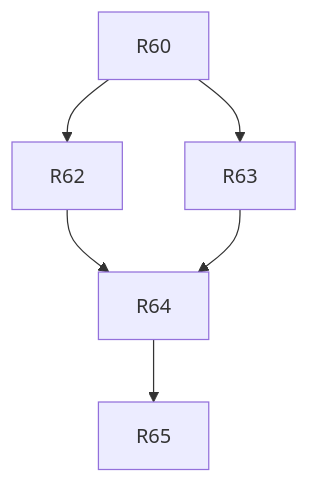
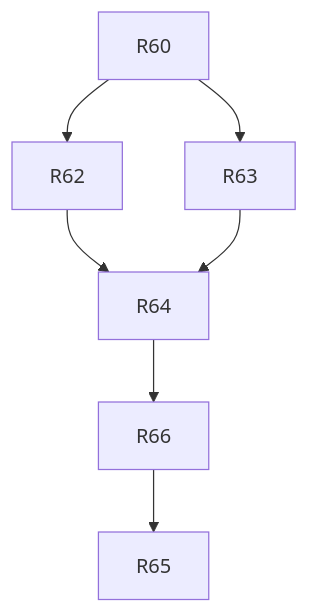
One commit to CipoBaruf/what-is-in-your-sky changed the fifth of 5 diagrams in TASKS.md. Above: the diagram before and after it, drawn with Mermaid. The commit also changed other lines of this file and 2 other files, not shown here.

````diff
--- a/TASKS.md
+++ b/TASKS.md
@@ -1381,6 +1417,7 @@
 ```mermaid
 graph TD
   R60 --> R62 & R63
   R62 & R63 --> R64
-  R64 --> R65
+  R64 --> R66
+  R66 --> R65
 ```
````
